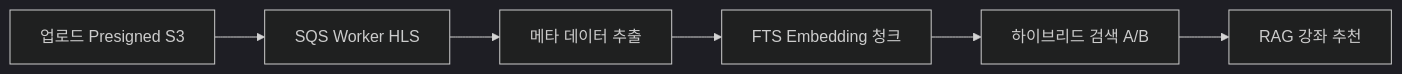
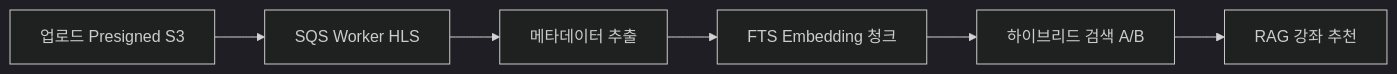
One commit to DSeung001/dseung001.github.io changed the diagram in content/posts/2026/08/16/class-s-cv-demo/index.md. Above: the diagram before and after it, drawn with Mermaid (dark theme). The commit also changed other lines of this file and 5 other files, not shown here.

````diff
--- a/content/posts/2026/08/16/class-s-cv-demo/index.md
+++ b/content/posts/2026/08/16/class-s-cv-demo/index.md
@@ -25,8 +38,8 @@
 ```mermaid
 flowchart LR
   upload["업로드 Presigned S3"] --> encode["SQS Worker HLS"]
-  encode --> write["메타 데이터 추출"]
+  encode --> write["메타데이터 추출"]
   write --> index["FTS Embedding 청크"]
   index --> search["하이브리드 검색 A/B"]
   search --> rag["RAG 강좌 추천"]
 ```
````
